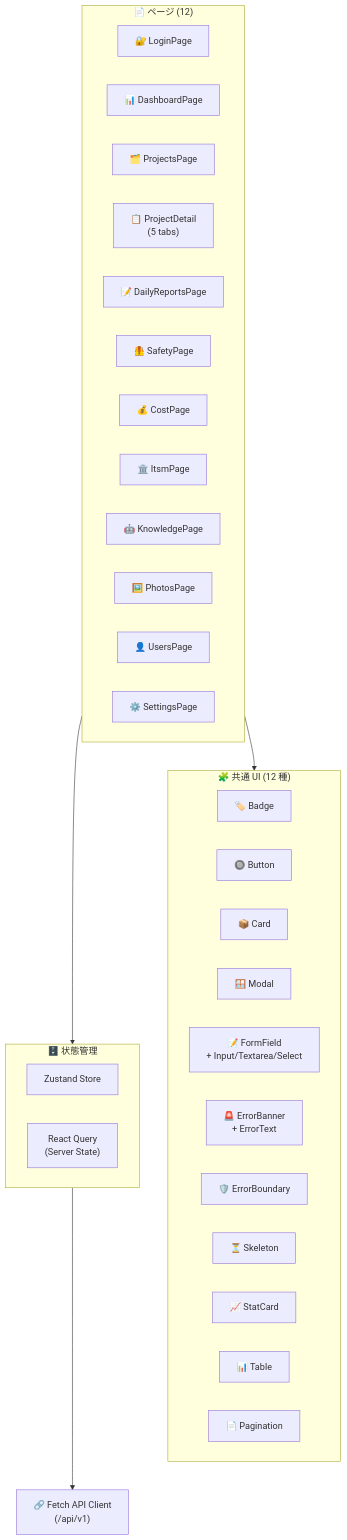
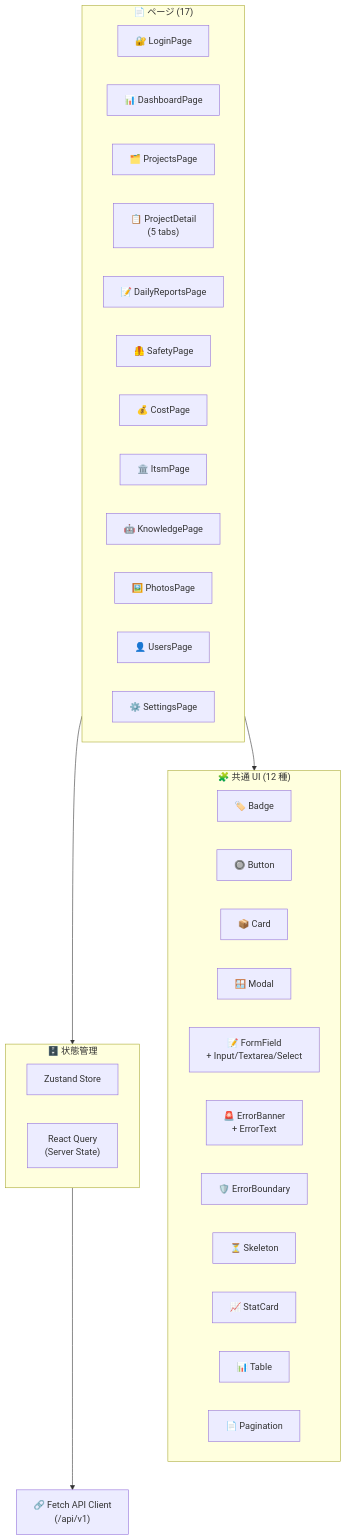
The third of 7 diagrams in README.md (Kensan196948G/ServiceHub-Construction-Platform), drawn with Mermaid before and after one commit. The commit also changed other lines of this file and 1 other file, not shown here.

````diff
--- a/README.md
+++ b/README.md
@@ -157,40 +157,40 @@
 ```mermaid
 graph TD
-    subgraph Pages["📄 ページ (12)"]
+    subgraph Pages["📄 ページ (17)"]
         LP["🔐 LoginPage"]
         DP["📊 DashboardPage"]
         PP["🗂️ ProjectsPage"]
         PD["📋 ProjectDetail\n(5 tabs)"]
         RP["📝 DailyReportsPage"]
         SP["🦺 SafetyPage"]
         CP["💰 CostPage"]
         IP["🏛️ ItsmPage"]
         KP["🤖 KnowledgePage"]
         PhP["🖼️ PhotosPage"]
         UP["👤 UsersPage"]
         SeP["⚙️ SettingsPage"]
     end
 
     subgraph UI["🧩 共通 UI (12 種)"]
         Badge["🏷️ Badge"]
         Button["🔘 Button"]
         Card["📦 Card"]
         Modal["🪟 Modal"]
         FormField["📝 FormField\n+ Input/Textarea/Select"]
         ErrorBanner["🚨 ErrorBanner\n+ ErrorText"]
         ErrBnd["🛡️ ErrorBoundary"]
         Skeleton["⏳ Skeleton"]
         StatCard["📈 StatCard"]
         Table["📊 Table"]
         Pagination["📄 Pagination"]
     end
 
     subgraph State["🗄️ 状態管理"]
         Zustand["Zustand Store"]
         RQ["React Query\n(Server State)"]
     end
 
     Pages --> UI
     Pages --> State
     State --> API["🔗 Fetch API Client\n(/api/v1)"]
 ```
````
